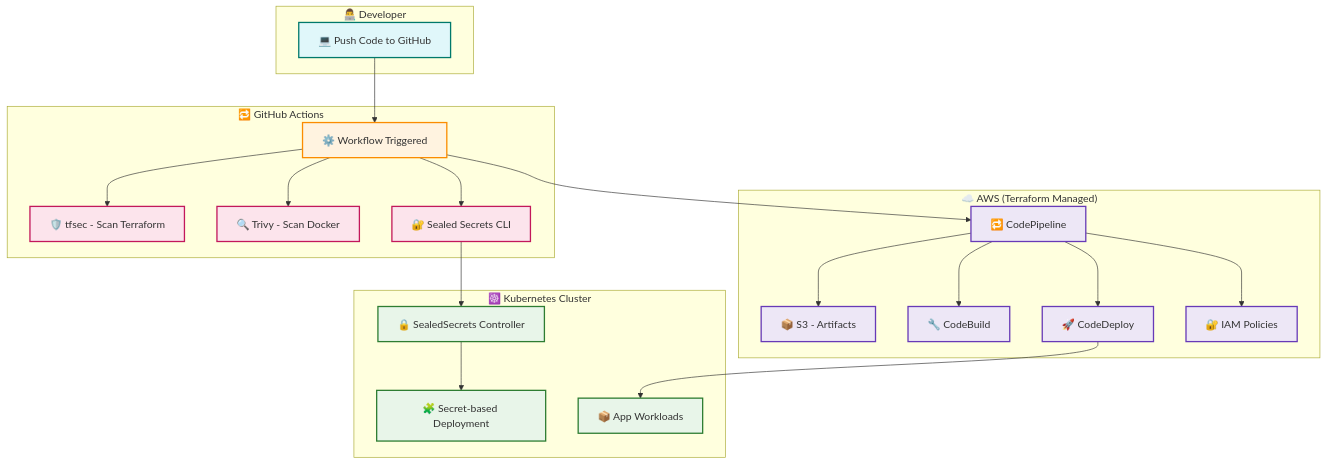
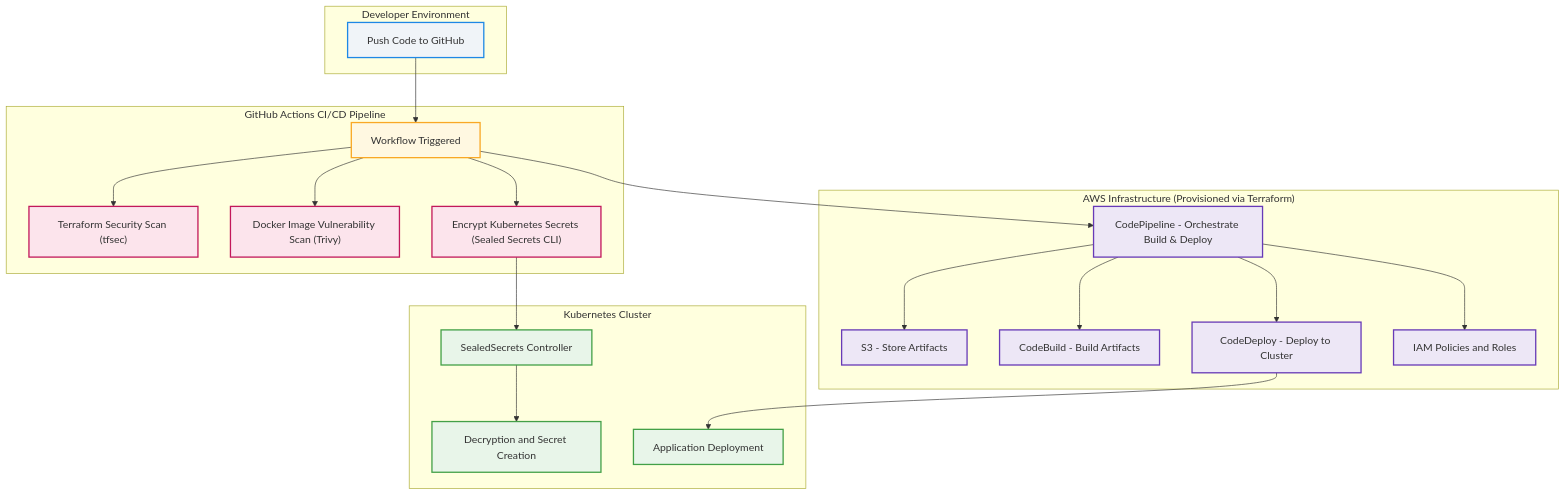
Before and after one commit to sambit-sys/DevOps-Project: the diagram in README.md, drawn with Mermaid. The commit also changed other lines of this file, not shown here.

````diff
--- a/README.md
+++ b/README.md
@@ -18,63 +18,63 @@
 ```mermaid
 flowchart TB
   %% Theme styling
-  classDef dev fill:#e0f7fa,stroke:#00796b,stroke-width:2px;
-  classDef ci fill:#fff3e0,stroke:#fb8c00,stroke-width:2px;
+  classDef dev fill:#f0f4f8,stroke:#1e88e5,stroke-width:2px;
+  classDef ci fill:#fff8e1,stroke:#f9a825,stroke-width:2px;
   classDef aws fill:#ede7f6,stroke:#673ab7,stroke-width:2px;
-  classDef k8s fill:#e8f5e9,stroke:#2e7d32,stroke-width:2px;
+  classDef k8s fill:#e8f5e9,stroke:#43a047,stroke-width:2px;
   classDef secure fill:#fce4ec,stroke:#c2185b,stroke-width:2px;
 
   %% Developer
-  subgraph DEV["👨‍💻 Developer"]
-    A1["💻 Push Code to GitHub"]:::dev
+  subgraph DEV["Developer Environment"]
+    A1["Push Code to GitHub"]:::dev
   end
 
   %% CI/CD Flow
-  subgraph CICD["🔁 GitHub Actions"]
-    B1["⚙️ Workflow Triggered"]:::ci
-    B2["🛡️ tfsec - Scan Terraform"]:::secure
-    B3["🔍 Trivy - Scan Docker"]:::secure
-    B4["🔐 Sealed Secrets CLI"]:::secure
+  subgraph CICD["GitHub Actions CI/CD Pipeline"]
+    B1["Workflow Triggered"]:::ci
+    B2["Terraform Security Scan (tfsec)"]:::secure
+    B3["Docker Image Vulnerability Scan (Trivy)"]:::secure
+    B4["Encrypt Kubernetes Secrets (Sealed Secrets CLI)"]:::secure
   end
 
-  %% AWS Infra
-  subgraph AWS["☁️ AWS (Terraform Managed)"]
-    C1["📦 S3 - Artifacts"]:::aws
-    C2["🔧 CodeBuild"]:::aws
-    C3["🚀 CodeDeploy"]:::aws
-    C4["🔁 CodePipeline"]:::aws
-    C5["🔐 IAM Policies"]:::aws
+  %% AWS Infrastructure
+  subgraph AWS["AWS Infrastructure (Provisioned via Terraform)"]
+    C1["S3 - Store Artifacts"]:::aws
+    C2["CodeBuild - Build Artifacts"]:::aws
+    C3["CodeDeploy - Deploy to Cluster"]:::aws
+    C4["CodePipeline - Orchestrate Build & Deploy"]:::aws
+    C5["IAM Policies and Roles"]:::aws
   end
 
   %% Kubernetes Cluster
-  subgraph K8S["☸️ Kubernetes Cluster"]
-    D1["🔒 SealedSecrets Controller"]:::k8s
-    D2["🧩 Secret-based Deployment"]:::k8s
-    D3["📦 App Workloads"]:::k8s
+  subgraph K8S["Kubernetes Cluster"]
+    D1["SealedSecrets Controller"]:::k8s
+    D2["Decryption and Secret Creation"]:::k8s
+    D3["Application Deployment"]:::k8s
   end
 
-  %% Flow
+  %% Flow connections
   A1 --> B1
   B1 --> B2
   B1 --> B3
   B1 --> B4
   B1 --> C4
 
   C4 --> C1
   C4 --> C2
   C4 --> C3
   C4 --> C5
 
   B4 --> D1
   D1 --> D2
   C3 --> D3
 
-  %% Clickable nodes
+  %% Clickable documentation links
   click B2 "https://aquasecurity.github.io/tfsec/" _blank
   click B3 "https://aquasecurity.github.io/trivy/" _blank
   click B4 "https://github.com/bitnami-labs/sealed-secrets" _blank
   click C2 "https://docs.aws.amazon.com/codebuild/latest/userguide/welcome.html" _blank
   click C3 "https://docs.aws.amazon.com/codedeploy/latest/userguide/welcome.html" _blank
   click C4 "https://docs.aws.amazon.com/codepipeline/latest/userguide/welcome.html" _blank
   click D1 "https://github.com/bitnami-labs/sealed-secrets" _blank
 ```
````
